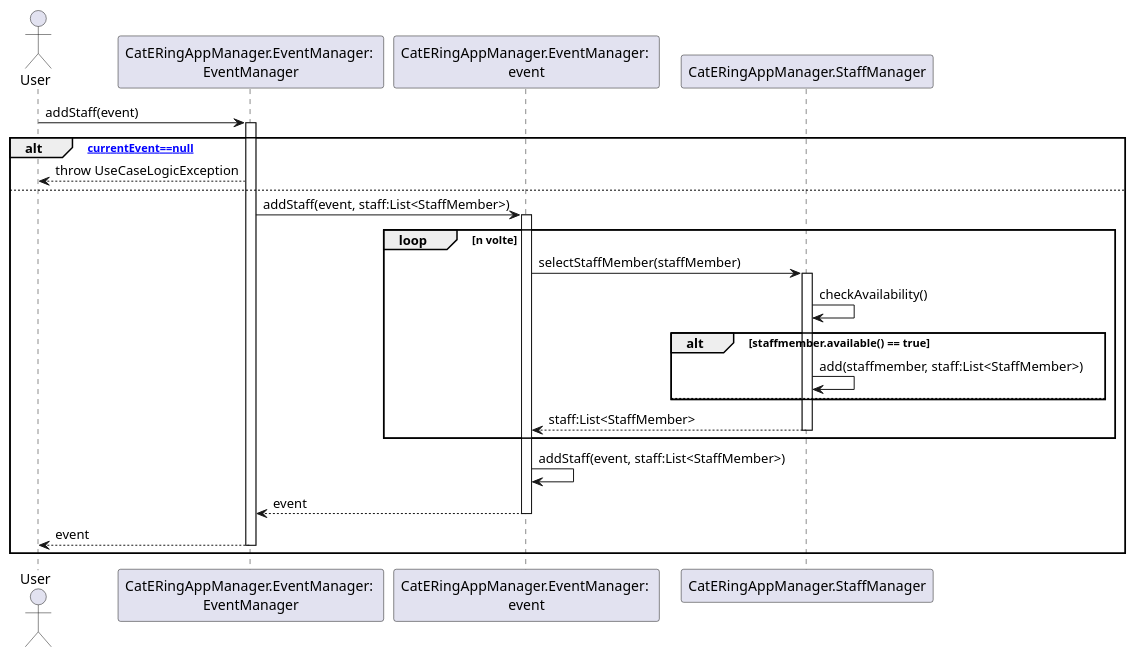
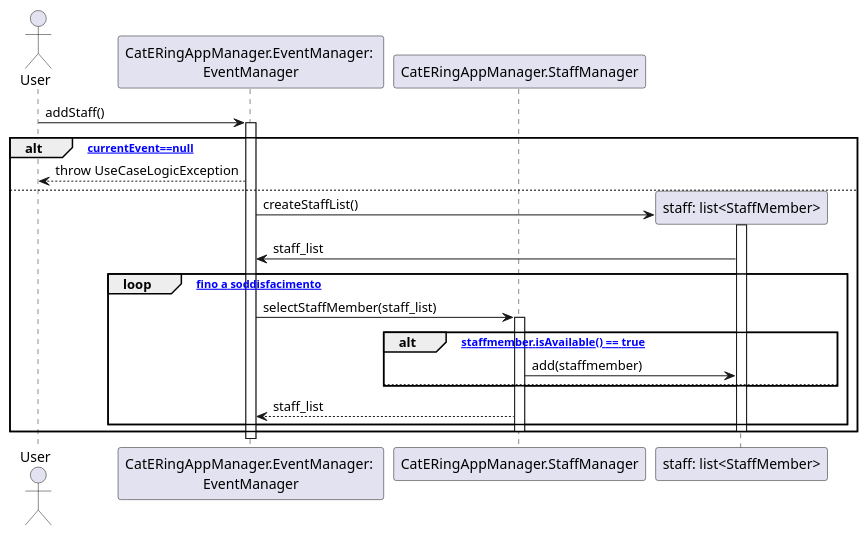
One commit to m0canu1/sas changed the diagram in dsd/dsd-eventi/scenarioPrincipale/4-assignStaff.md. Above: the diagram before and after it, drawn with PlantUML. The commit also changed 6 other files, not shown here.

````diff
--- a/dsd/dsd-eventi/scenarioPrincipale/4-assignStaff.md
+++ b/dsd/dsd-eventi/scenarioPrincipale/4-assignStaff.md
@@ -1,40 +1,34 @@
 ```plantuml
 Actor User
 Participant "CatERingAppManager.EventManager: \nEventManager" as EM
-Participant "CatERingAppManager.EventManager: \nevent" as E
 Participant "CatERingAppManager.StaffManager" as SM
 
-User -> EM: addStaff(event)
+User -> EM: addStaff()
 Activate EM
+
 alt [currentEvent==null]
     EM --> User: throw UseCaseLogicException
 else
-    EM -> E: addStaff(event, staff:List<StaffMember>)
-    Activate E
+    Create "staff: list<StaffMember>"
+    EM -> "staff: list<StaffMember>": createStaffList()
+    Activate "staff: list<StaffMember>"
+    "staff: list<StaffMember>" -> EM: staff_list
     
-    loop n volte
-        E -> SM: selectStaffMember(staffMember)
+    loop ["fino a soddisfacimento"]
+        EM -> SM: selectStaffMember(staff_list)
         Activate SM
         
-        SM -> SM: checkAvailability()
-        alt staffmember.available() == true
-            SM -> SM: add(staffmember, staff:List<StaffMember>)
-        else
-            
+        alt ["staffmember.isAvailable() == true"]
+            SM -> "staff: list<StaffMember>": add(staffmember)
+        else 
         end
-        SM --> E: staff:List<StaffMember>
-        Deactivate SM
-    end
-    E -> E: addStaff(event, staff:List<StaffMember>)
-    
-    E --> EM: event
-    Deactivate E
-    EM --> User: event
-    Deactivate EM
+        SM --> EM: staff_list
+    end    
+    Deactivate "staff: list<StaffMember>"
+    Deactivate SM
 end
 Deactivate EM
-Deactivate E
 
 
 
 ```
````
